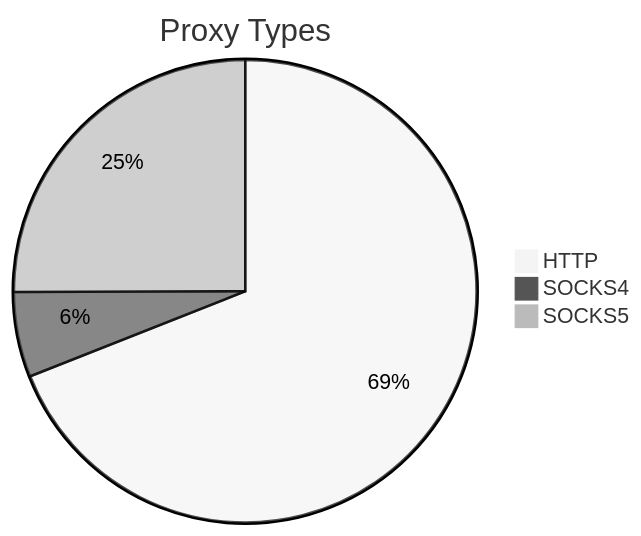
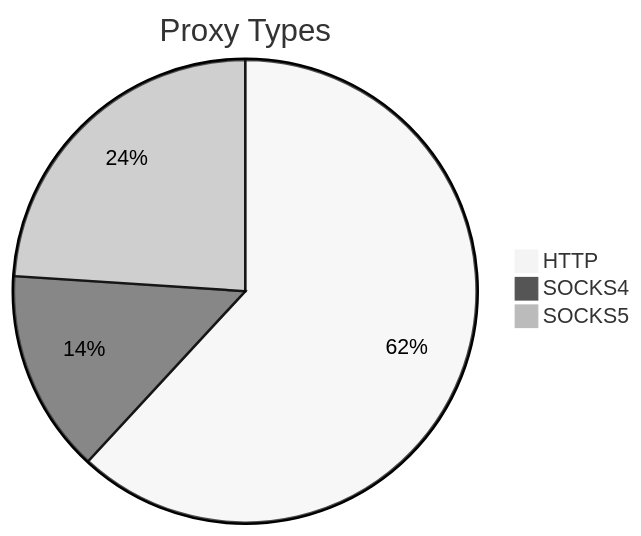
The first of 2 diagrams in README.md (stormsia/proxy-list), drawn with Mermaid (neutral theme) before and after one commit. The commit also changed other lines of this file, not shown here.

````diff
--- a/README.md
+++ b/README.md
@@ -21,6 +21,6 @@
 ```mermaid
 pie title Proxy Types
-    "HTTP" : 383
-    "SOCKS4" : 33
-    "SOCKS5" : 139
+    "HTTP" : 297
+    "SOCKS4" : 68
+    "SOCKS5" : 115
 ```
````
